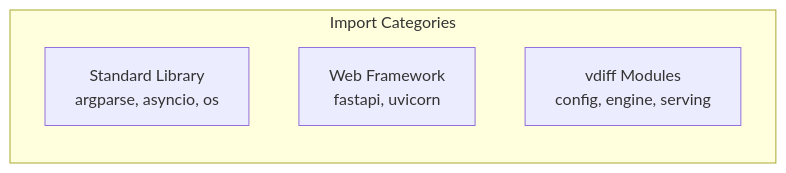
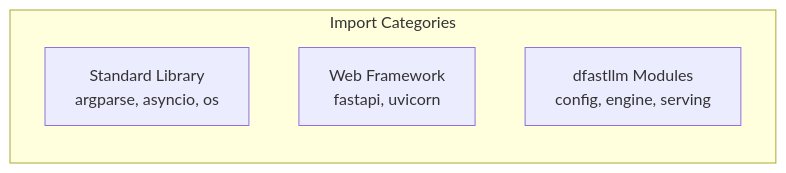
The second of 16 diagrams in docs/dev-doc/10-code-walkthrough.md (mwaykole/vdiff), drawn with Mermaid before and after one commit. The commit also changed other lines of this file and 53 other files, not shown here.

First line of the commit message:
refactor: Rename all vdiff references to dfastllm

````diff
--- a/docs/dev-doc/10-code-walkthrough.md
+++ b/docs/dev-doc/10-code-walkthrough.md
@@ -69,8 +69,8 @@
 ```mermaid
 flowchart LR
     subgraph Imports["Import Categories"]
         STD["Standard Library<br/>argparse, asyncio, os"]
         WEB["Web Framework<br/>fastapi, uvicorn"]
-        VDIFF["vdiff Modules<br/>config, engine, serving"]
+        VDIFF["dfastllm Modules<br/>config, engine, serving"]
     end
 ```
````
